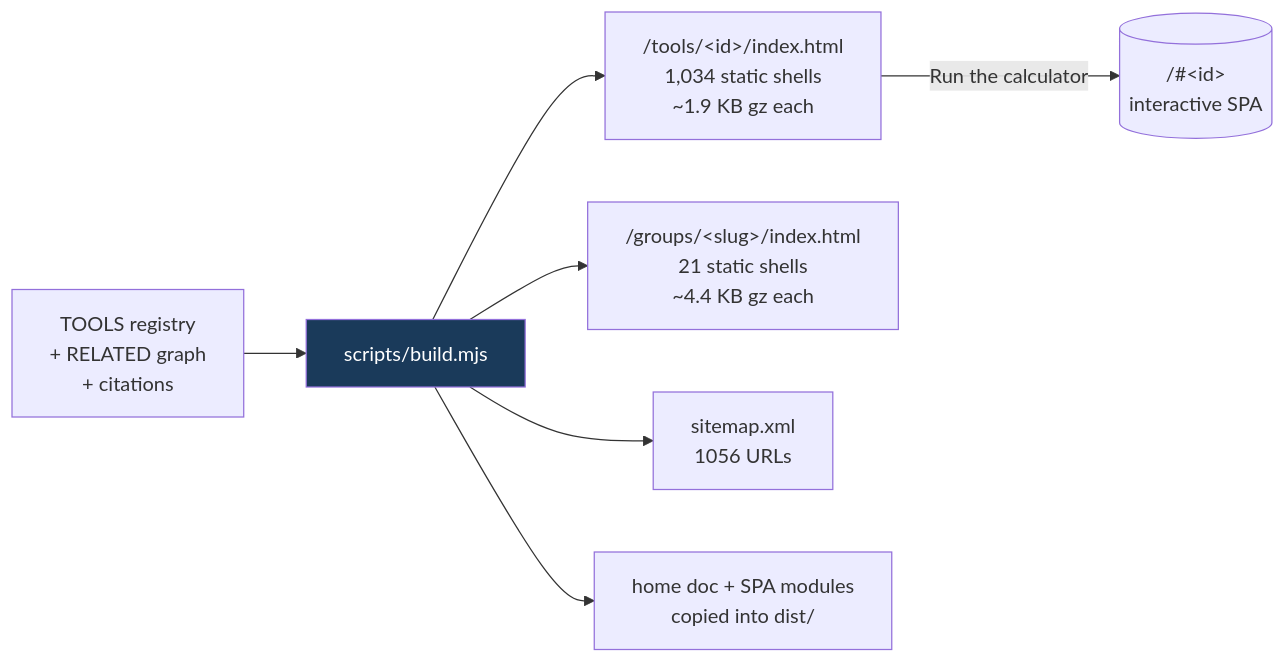
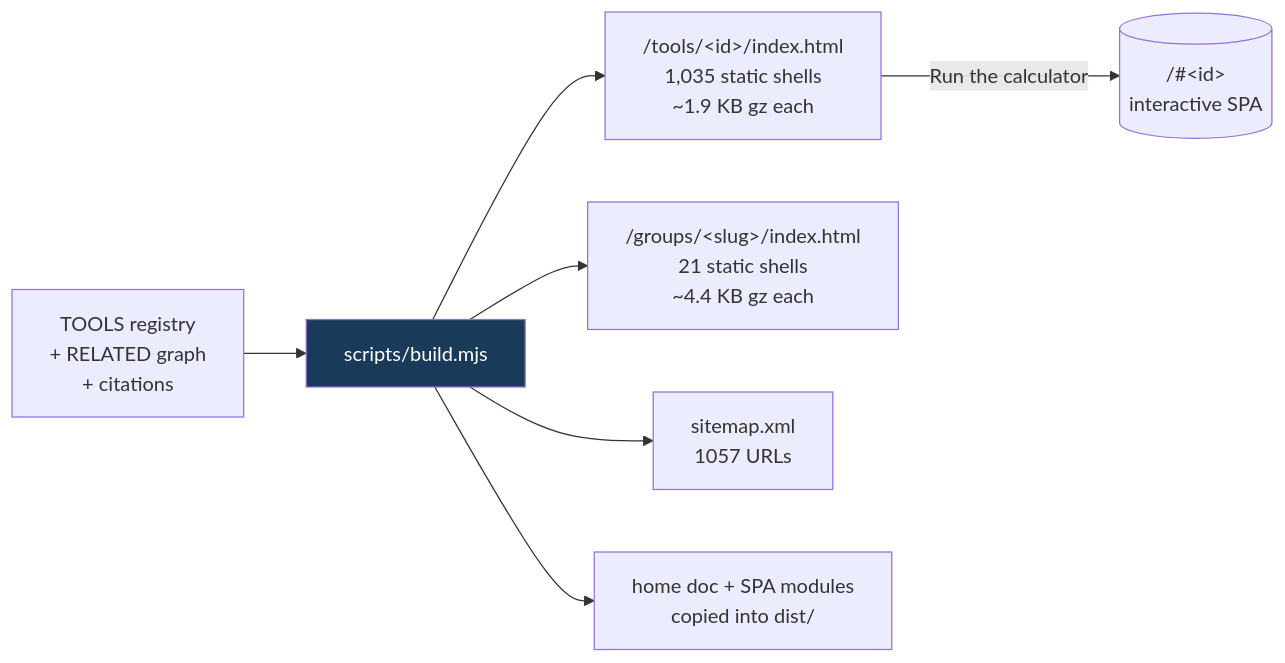
Before and after one commit to clay-good/roughlogic.com: the fifth of 8 diagrams in README.md, drawn with Mermaid. The commit also changed other lines of this file and 13 other files, not shown here.

````diff
--- a/README.md
+++ b/README.md
@@ -495,10 +495,10 @@
 ```mermaid
 flowchart LR
     SRC[TOOLS registry\n+ RELATED graph\n+ citations] --> BUILD[scripts/build.mjs]
-    BUILD --> TILE["/tools/&lt;id&gt;/index.html\n1,034 static shells\n~1.9 KB gz each"]
+    BUILD --> TILE["/tools/&lt;id&gt;/index.html\n1,035 static shells\n~1.9 KB gz each"]
     BUILD --> GROUP["/groups/&lt;slug&gt;/index.html\n21 static shells\n~4.4 KB gz each"]
-    BUILD --> MAP["sitemap.xml\n1056 URLs"]
+    BUILD --> MAP["sitemap.xml\n1057 URLs"]
     BUILD --> COPY[home doc + SPA modules\ncopied into dist/]
     TILE -->|Run the calculator| SPA[("/#&lt;id&gt;\ninteractive SPA")]
     style BUILD fill:#1a3a5a,color:#fff
 ```
````
